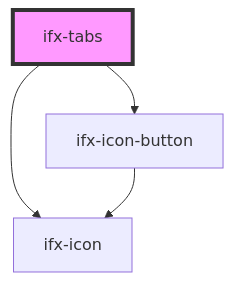
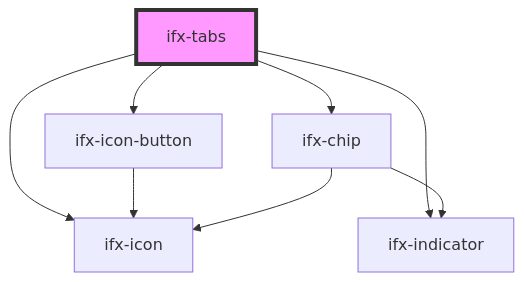
Before and after one commit to Infineon/infineon-design-system-stencil: the diagram in packages/components/src/components/tabs/readme.md, drawn with Mermaid. The commit also changed other lines of this file and 23 other files, not shown here.

Commit message:
- added advanced variant to tab component - added sticky behaviour to tab component - updated disable states of chip component - added disabled state to indicator component

````diff
--- a/packages/components/src/components/tabs/readme.md
+++ b/packages/components/src/components/tabs/readme.md
@@ -32,7 +39,11 @@
 ```mermaid
 graph TD;
   ifx-tabs --> ifx-icon-button
   ifx-tabs --> ifx-icon
+  ifx-tabs --> ifx-indicator
+  ifx-tabs --> ifx-chip
   ifx-icon-button --> ifx-icon
+  ifx-chip --> ifx-icon
+  ifx-chip --> ifx-indicator
   style ifx-tabs fill:#f9f,stroke:#333,stroke-width:4px
 ```
````
